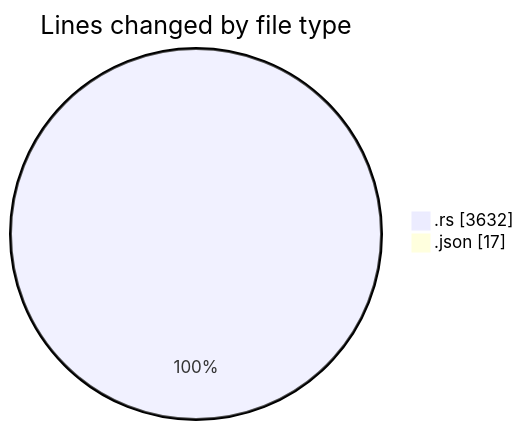
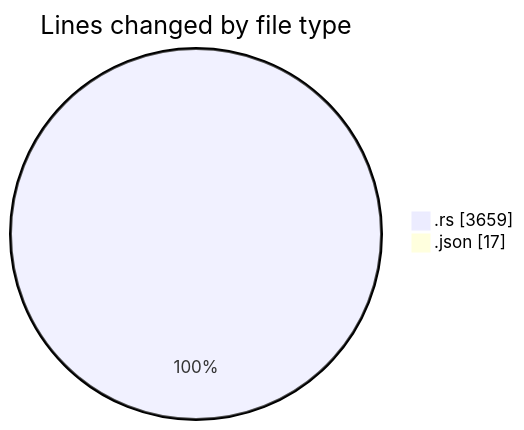
Before and after one commit to Ritupan-Deka/code-tracking: the first of 2 diagrams in 2025-12-28/rust/README.md, drawn with Mermaid. The commit also changed other lines of this file and 1 other file, not shown here.

````diff
--- a/2025-12-28/rust/README.md
+++ b/2025-12-28/rust/README.md
@@ -22,6 +22,6 @@
 ```mermaid
 pie showData
 title Lines changed by file type
-".rs" : 3632
+".rs" : 3659
 ".json" : 17
 ```
````
